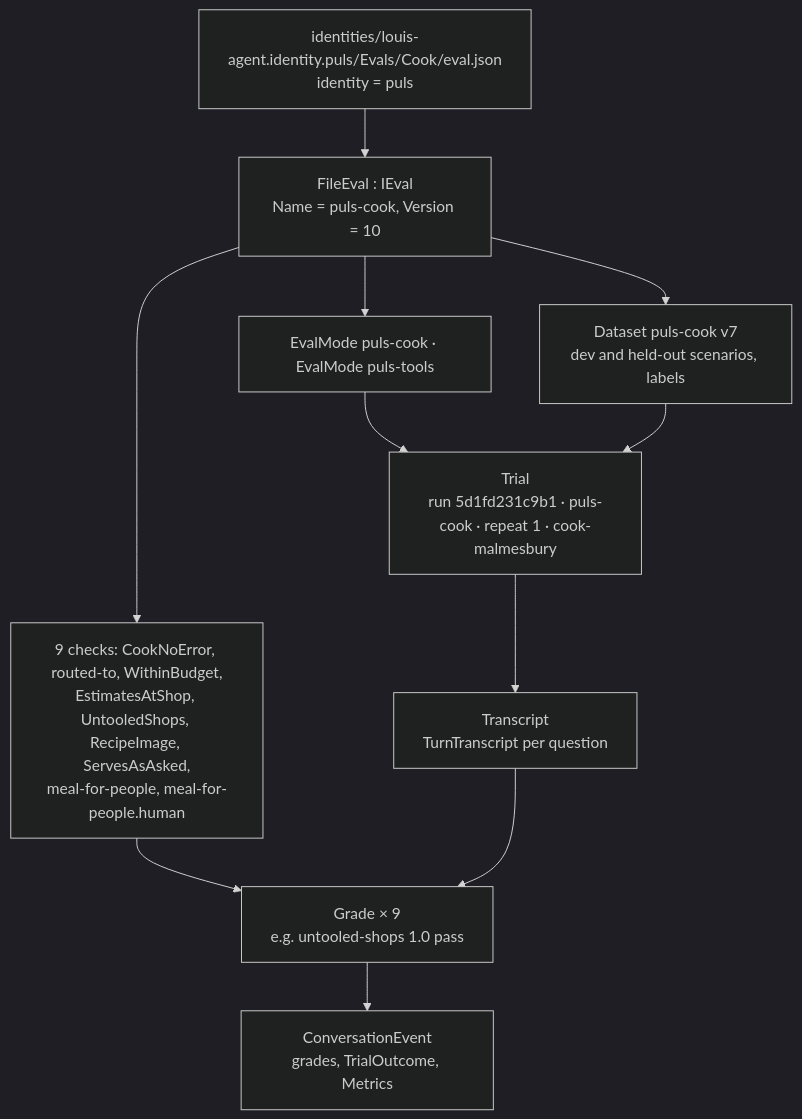
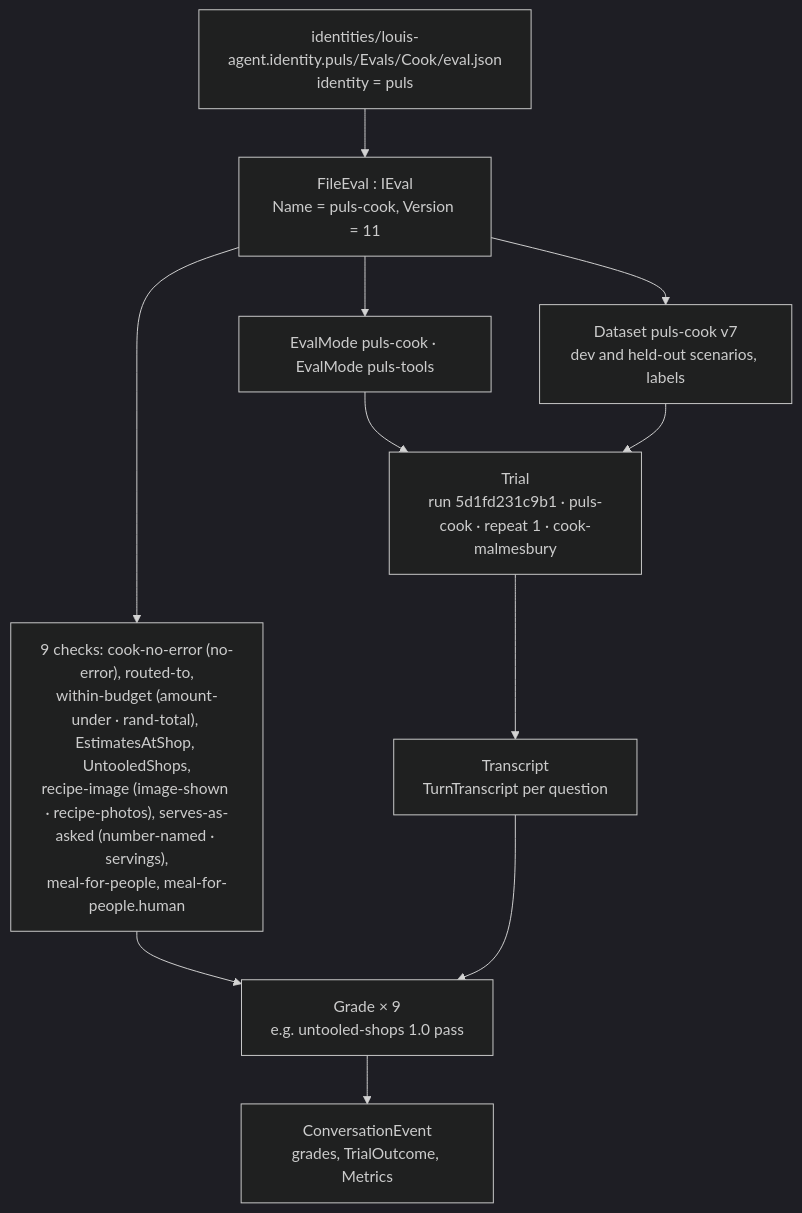
Before and after one commit to bosbevk/louis-agent: the third of 4 diagrams in docs/architecture/evals.md, drawn with Mermaid (dark theme). The commit also changed other lines of this file and 25 other files, not shown here.

````diff
--- a/docs/architecture/evals.md
+++ b/docs/architecture/evals.md
@@ -190,22 +197,22 @@
 ```mermaid
 flowchart TB
   set["identities/louis-agent.identity.puls/Evals/Cook/eval.json<br/>identity = puls"]
-  eval["FileEval : IEval<br/>Name = puls-cook, Version = 10"]
+  eval["FileEval : IEval<br/>Name = puls-cook, Version = 11"]
   modes["EvalMode puls-cook · EvalMode puls-tools"]
   data["Dataset puls-cook v7<br/>dev and held-out scenarios, labels"]
-  graders["9 checks: CookNoError, routed-to, WithinBudget,<br/>EstimatesAtShop, UntooledShops, RecipeImage, ServesAsAsked,<br/>meal-for-people, meal-for-people.human"]
+  graders["9 checks: cook-no-error (no-error), routed-to,<br/>within-budget (amount-under · rand-total), EstimatesAtShop, UntooledShops,<br/>recipe-image (image-shown · recipe-photos), serves-as-asked (number-named · servings),<br/>meal-for-people, meal-for-people.human"]
   trial["Trial<br/>run 5d1fd231c9b1 · puls-cook · repeat 1 · cook-malmesbury"]
   transcript["Transcript<br/>TurnTranscript per question"]
   grades["Grade × 9<br/>e.g. untooled-shops 1.0 pass"]
   conv["ConversationEvent<br/>grades, TrialOutcome, Metrics"]
   set --> eval
   eval --> modes
   eval --> data
   eval --> graders
   modes --> trial
   data --> trial
   trial --> transcript
   graders --> grades
   transcript --> grades
   grades --> conv
 ```
````
